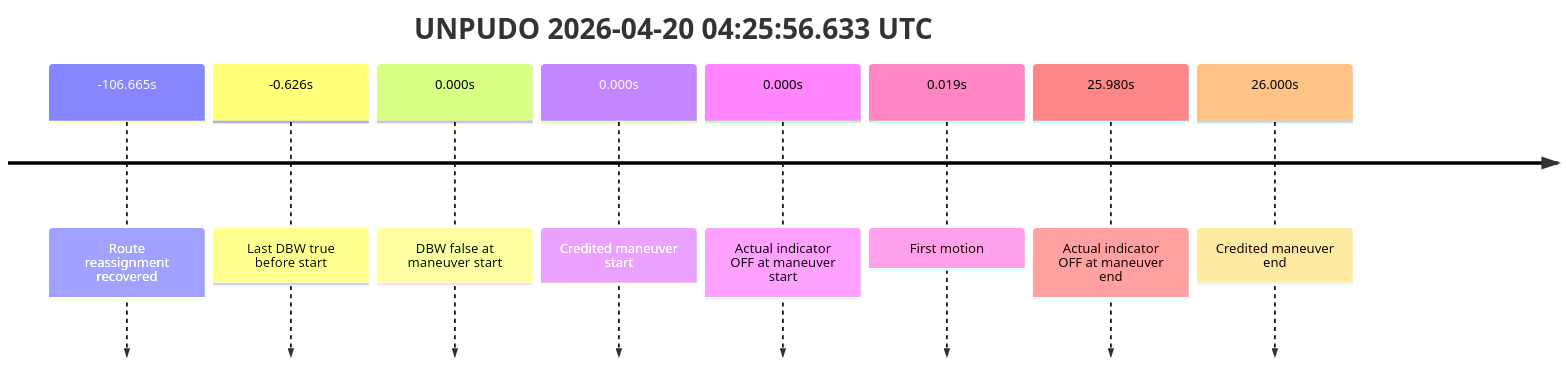
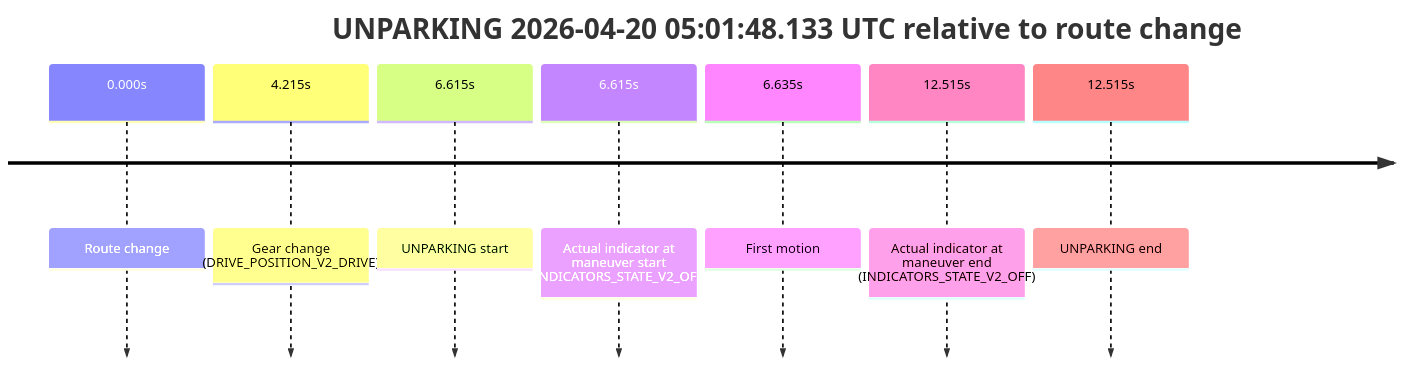
Before and after one commit to yoelshapiro/vault: the fifth of 5 diagrams in model_analysis/report_cards/2026/04/Week-4/fme10011--2026-04-20--03-53-04--gen2-av-850e5b7c-de73-4684-be82-3d23281dc919.md, drawn with Mermaid. The commit also changed other lines of this file and 1 other file, not shown here.

````diff
--- a/model_analysis/report_cards/2026/04/Week-4/fme10011--2026-04-20--03-53-04--gen2-av-850e5b7c-de73-4684-be82-3d23281dc919.md
+++ b/model_analysis/report_cards/2026/04/Week-4/fme10011--2026-04-20--03-53-04--gen2-av-850e5b7c-de73-4684-be82-3d23281dc919.md
@@ -323,12 +366,11 @@
 ```mermaid
 timeline
-    title UNPUDO 2026-04-20 04:25:56.633 UTC
-    -106.665s : Route reassignment recovered
-    -0.626s : Last DBW true before start
-    0.000s : DBW false at maneuver start
-    0.000s : Credited maneuver start
-    0.000s : Actual indicator OFF at maneuver start
-    0.019s : First motion
-    25.980s : Actual indicator OFF at maneuver end
-    26.000s : Credited maneuver end
+    title UNPARKING 2026-04-20 05:01:48.133 UTC relative to route change
+    0.000s : Route change
+    4.215s : Gear change (DRIVE_POSITION_V2_DRIVE)
+    6.615s : UNPARKING start
+    6.615s : Actual indicator at maneuver start (INDICATORS_STATE_V2_OFF)
+    6.635s : First motion
+    12.515s : Actual indicator at maneuver end (INDICATORS_STATE_V2_OFF)
+    12.515s : UNPARKING end
 ```
````
